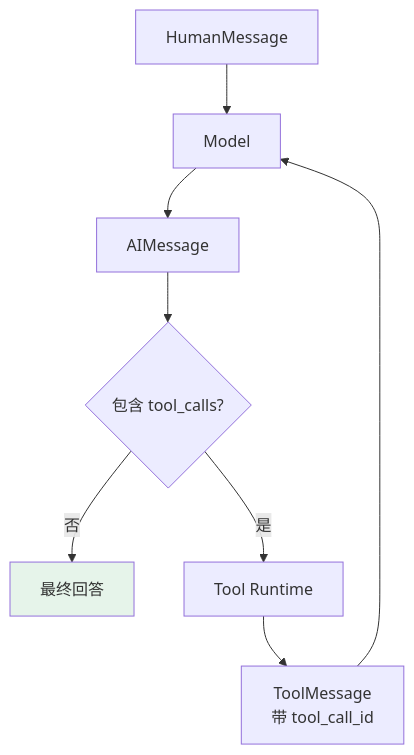
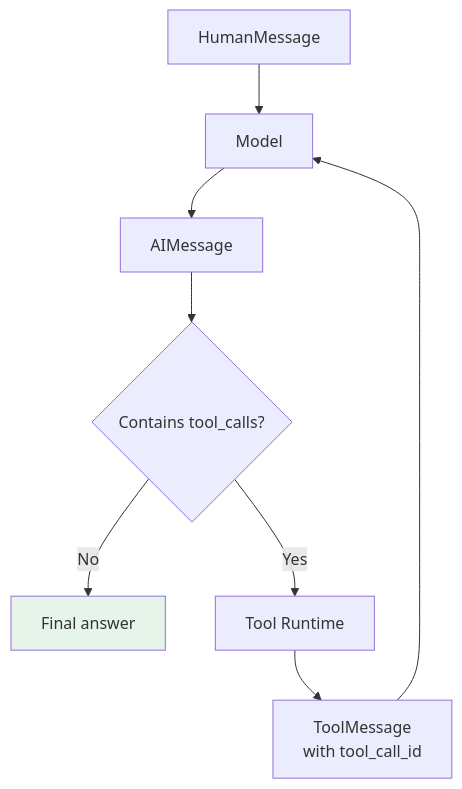
The second of 3 diagrams in docs/frameworks/01-langchain/01-foundations/03-langchain-architecture.md (oneleaveknowsthefall/awesome-ai-roadmap), drawn with Mermaid before and after one commit. The commit also changed other lines of this file and 70 other files, not shown here.

````diff
--- a/docs/frameworks/01-langchain/01-foundations/03-langchain-architecture.md
+++ b/docs/frameworks/01-langchain/01-foundations/03-langchain-architecture.md
@@ -82,12 +86,12 @@
 ```mermaid
 flowchart TB
     H["HumanMessage"] --> M["Model"]
     M --> A["AIMessage"]
-    A --> D{"包含 tool_calls?"}
-    D -->|否| F["最终回答"]
-    D -->|是| T["Tool Runtime"]
-    T --> TM["ToolMessage<br/>带 tool_call_id"]
+    A --> D{"Contains tool_calls?"}
+    D -->|No| F["Final answer"]
+    D -->|Yes| T["Tool Runtime"]
+    T --> TM["ToolMessage<br/>with tool_call_id"]
     TM --> M
 
     style F fill:#e6f4ea
 ```
````
